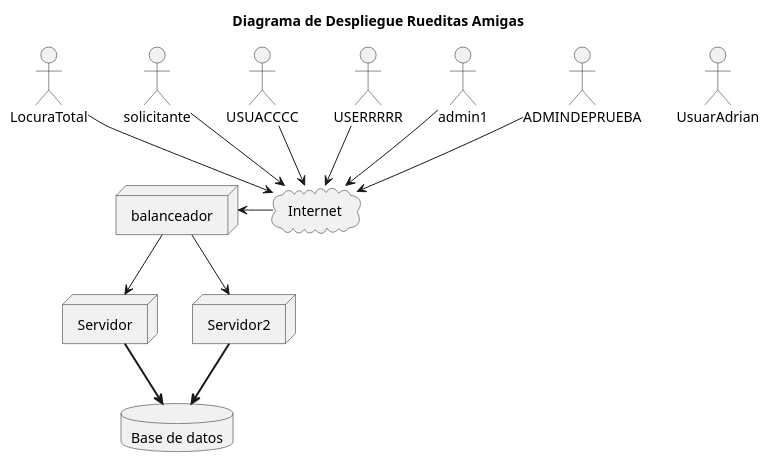
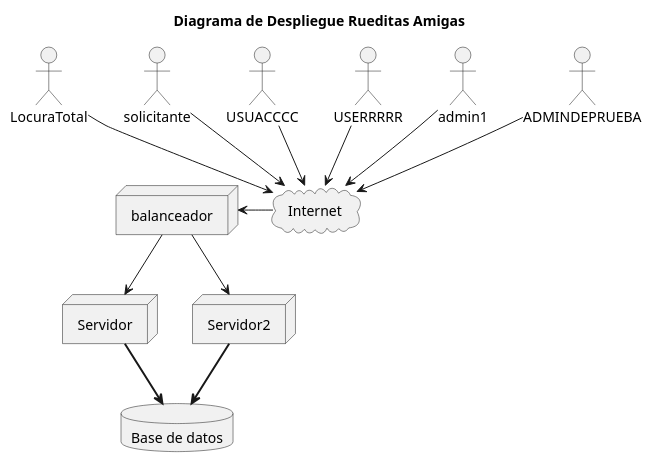
The diagram in diagrams/DiagramaDeDespliegue.puml (lrizzitano/RueditasAmigasDespliegue), drawn with PlantUML before and after one commit.

Commit message:
Probando el matcheo de nombres

```diff
--- a/diagrams/DiagramaDeDespliegue.puml
+++ b/diagrams/DiagramaDeDespliegue.puml
@@ -1,32 +1,37 @@
 @startuml
 'https://plantuml.com/deployment-diagram
 
 title Diagrama de Despliegue Rueditas Amigas
 
 actor "LocuraTotal"
-actor "UsuarAdrian"
+actor "solicitante"
+actor "USUACCCC"
+actor "USERRRRR"
+actor "LocuraTotal"
+actor "admin1"
+actor "ADMINDEPRUEBA"
 
 cloud "Internet"
 
 node "Servidor"
 node "Servidor2"
 node "balanceador"
 
 database "Base de datos"
 
 "solicitante" --> "Internet"
 "USUACCCC" --> "Internet"
 "USERRRRR" --> "Internet"
 "LocuraTotal" --> "Internet"
 "admin1" --> "Internet"
 "ADMINDEPRUEBA" --> "Internet"
 
 "Internet" -l-> "balanceador"
 
 "Servidor" -[bold]-> "Base de datos"
 "Servidor2" -[bold]-> "Base de datos"
 
 "balanceador" --> "Servidor"
 "balanceador" --> "Servidor2"
 
 @enduml
```
